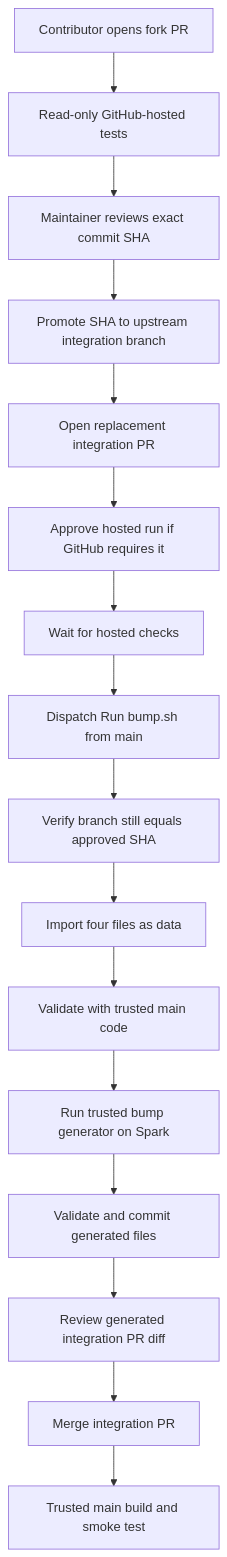
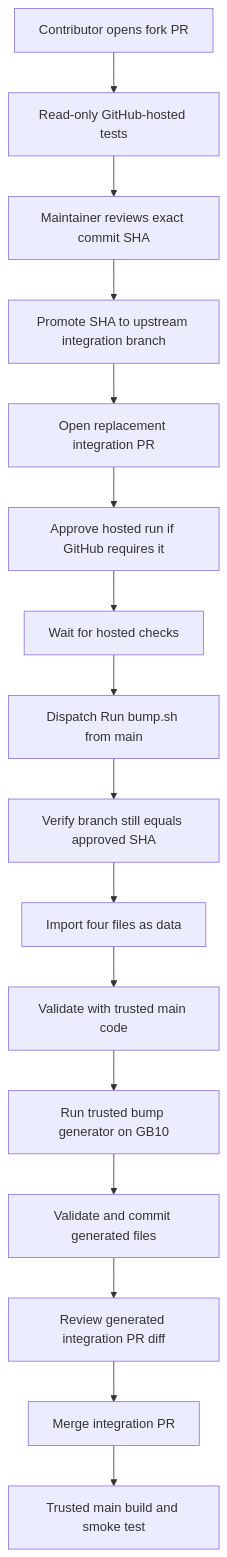
Before and after one commit to timothystewart6/vllm-gb10: the diagram in docs/contributor-ci-security.md, drawn with Mermaid. The commit also changed other lines of this file and 5 other files, not shown here.

````diff
--- a/docs/contributor-ci-security.md
+++ b/docs/contributor-ci-security.md
@@ -28,18 +28,18 @@
 ```mermaid
 flowchart TD
     A[Contributor opens fork PR] --> B[Read-only GitHub-hosted tests]
     B --> C[Maintainer reviews exact commit SHA]
     C --> D[Promote SHA to upstream integration branch]
     D --> E[Open replacement integration PR]
     E --> F[Approve hosted run if GitHub requires it]
     F --> G[Wait for hosted checks]
     G --> H[Dispatch Run bump.sh from main]
     H --> I[Verify branch still equals approved SHA]
     I --> J[Import four files as data]
     J --> K[Validate with trusted main code]
-    K --> L[Run trusted bump generator on Spark]
+    K --> L[Run trusted bump generator on GB10]
     L --> M[Validate and commit generated files]
     M --> N[Review generated integration PR diff]
     N --> O[Merge integration PR]
     O --> P[Trusted main build and smoke test]
 ```
````
